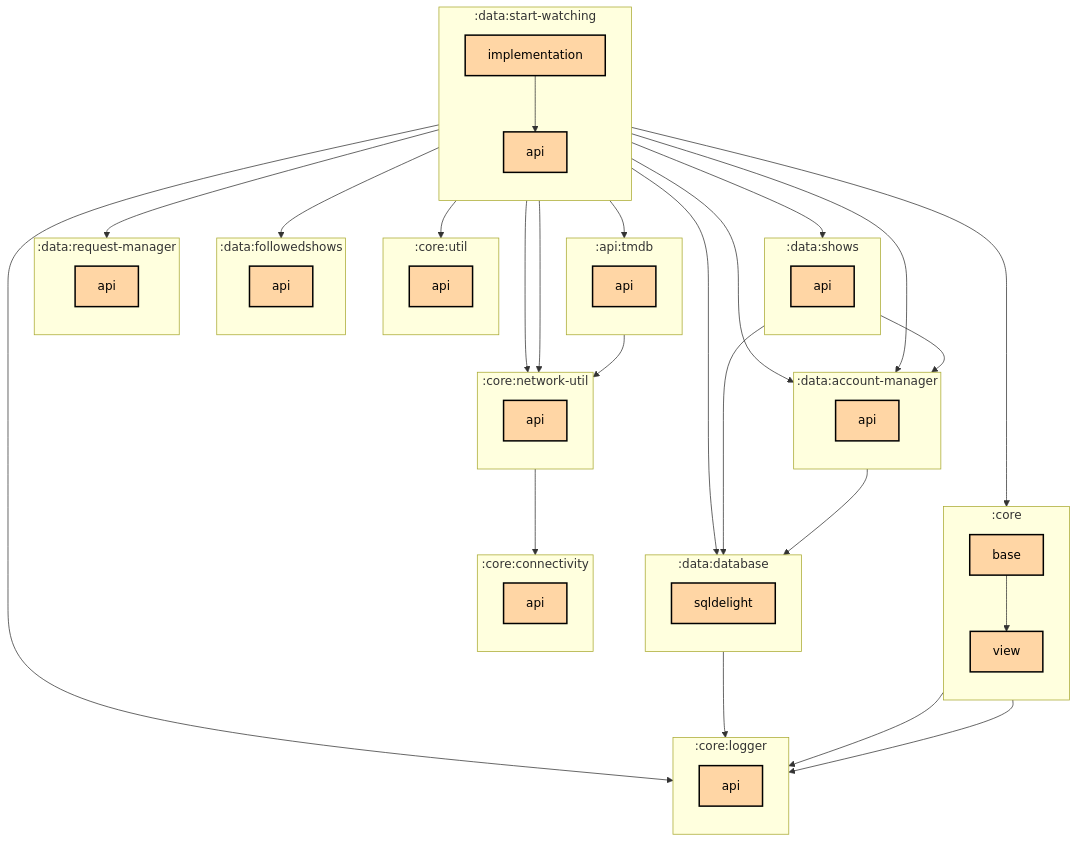
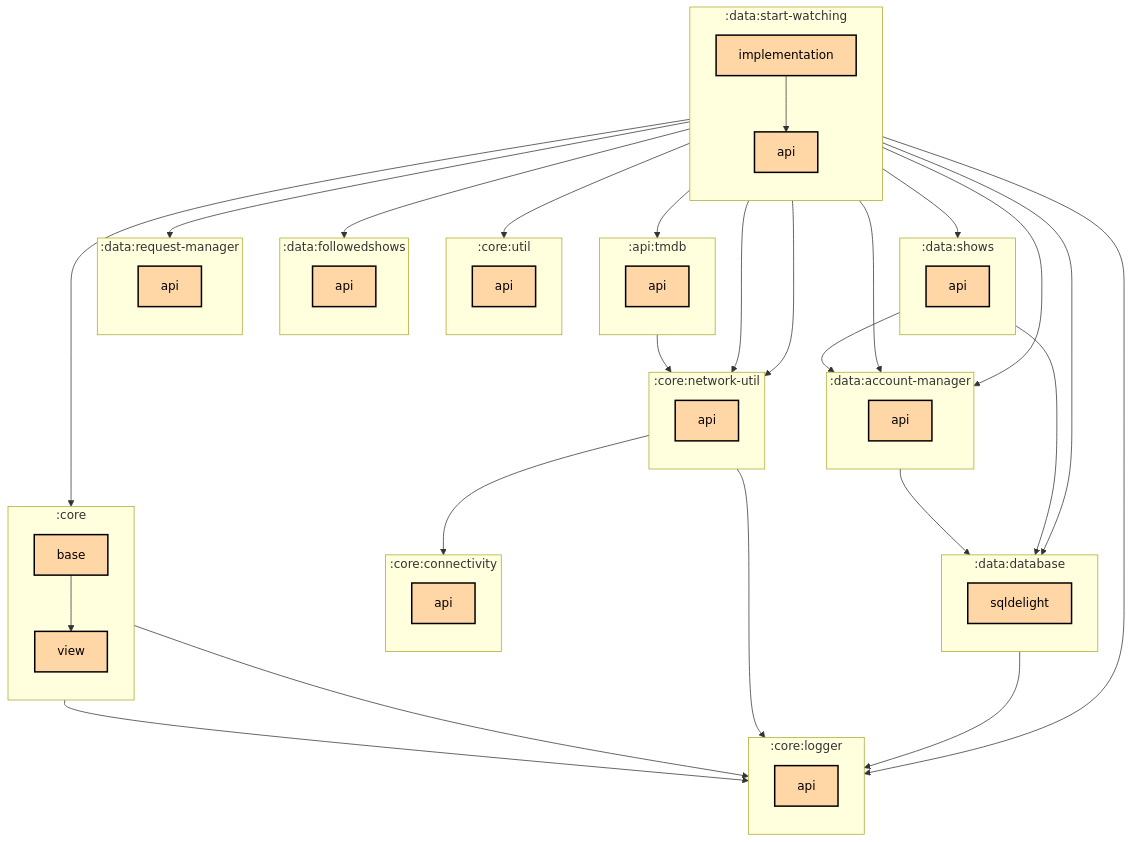
One commit to thomaskioko/tv-maniac changed the first of 2 diagrams in data/start-watching/implementation/README.md. Above: the diagram before and after it, drawn with Mermaid. The commit also changed 184 other files, not shown here.

```diff
--- a/data/start-watching/implementation/README.md
+++ b/data/start-watching/implementation/README.md
@@ -60,6 +60,7 @@
   :core:base --> :core:logger:api
   :core:base --> :core:view
   :core:network-util:api --> :core:connectivity:api
+  :core:network-util:api --> :core:logger:api
   :core:view --> :core:logger:api
   :data:account-manager:api --> :data:database:sqldelight
   :data:database:sqldelight --> :core:logger:api
```
